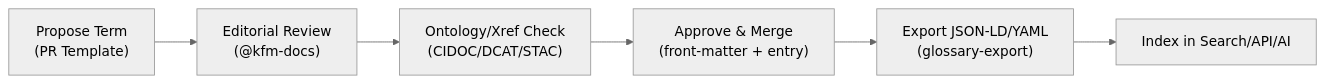
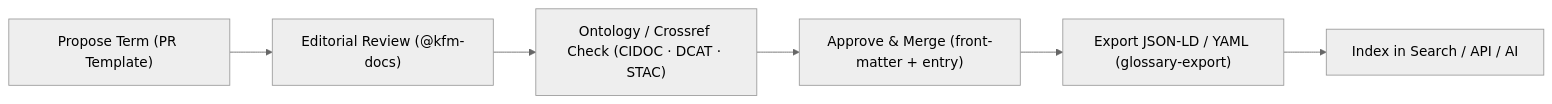
One commit to bartytime4life/Kansas-Frontier-Matrix changed the diagram in docs/glossary.md. Above: the diagram before and after it, drawn with Mermaid (neutral theme). The commit also changed other lines of this file, not shown here.

````diff
--- a/docs/glossary.md
+++ b/docs/glossary.md
@@ -277,8 +279,8 @@
 ```mermaid
 flowchart LR
-  A["Propose Term\n(PR Template)"] --> B["Editorial Review\n(@kfm-docs)"]
-  B --> C["Ontology/Xref Check\n(CIDOC/DCAT/STAC)"]
-  C --> D["Approve & Merge\n(front-matter + entry)"]
-  D --> E["Export JSON-LD/YAML\n(glossary-export)"]
-  E --> F["Index in Search/API/AI"]
+  A["Propose Term (PR Template)"] --> B["Editorial Review (@kfm-docs)"]
+  B --> C["Ontology / Crossref Check (CIDOC · DCAT · STAC)"]
+  C --> D["Approve & Merge (front-matter + entry)"]
+  D --> E["Export JSON-LD / YAML (glossary-export)"]
+  E --> F["Index in Search / API / AI"]
 ```
````
